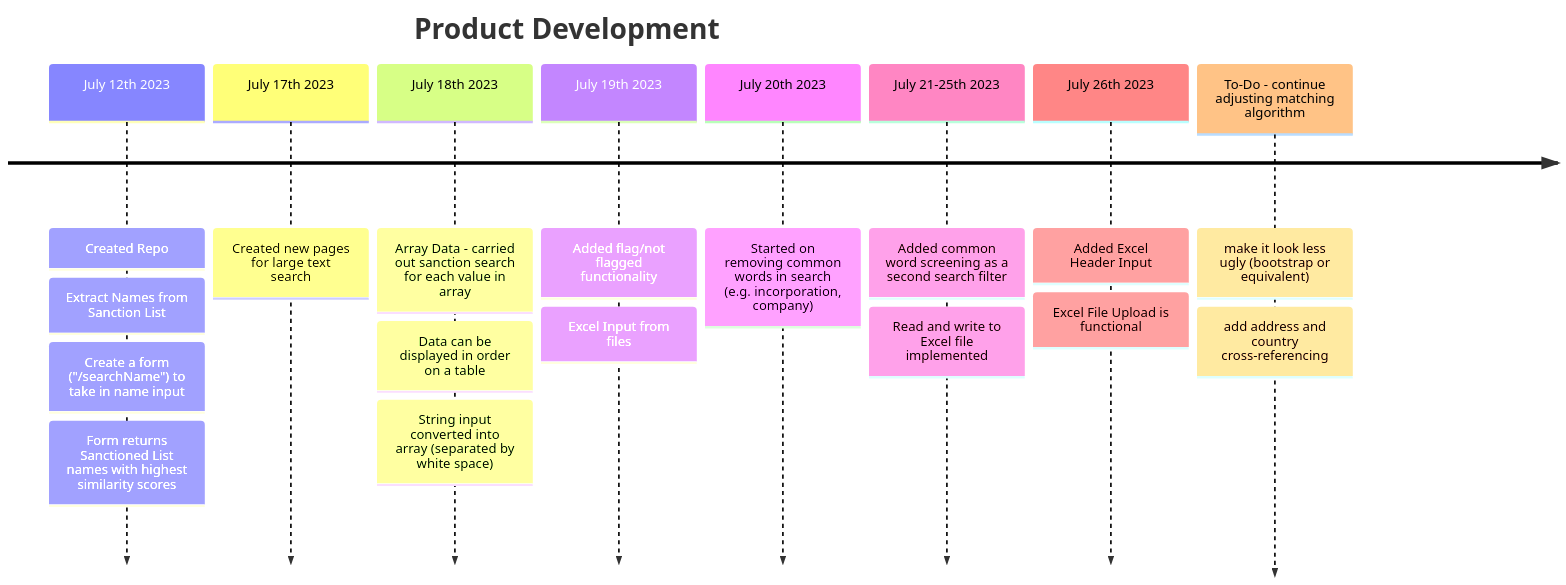
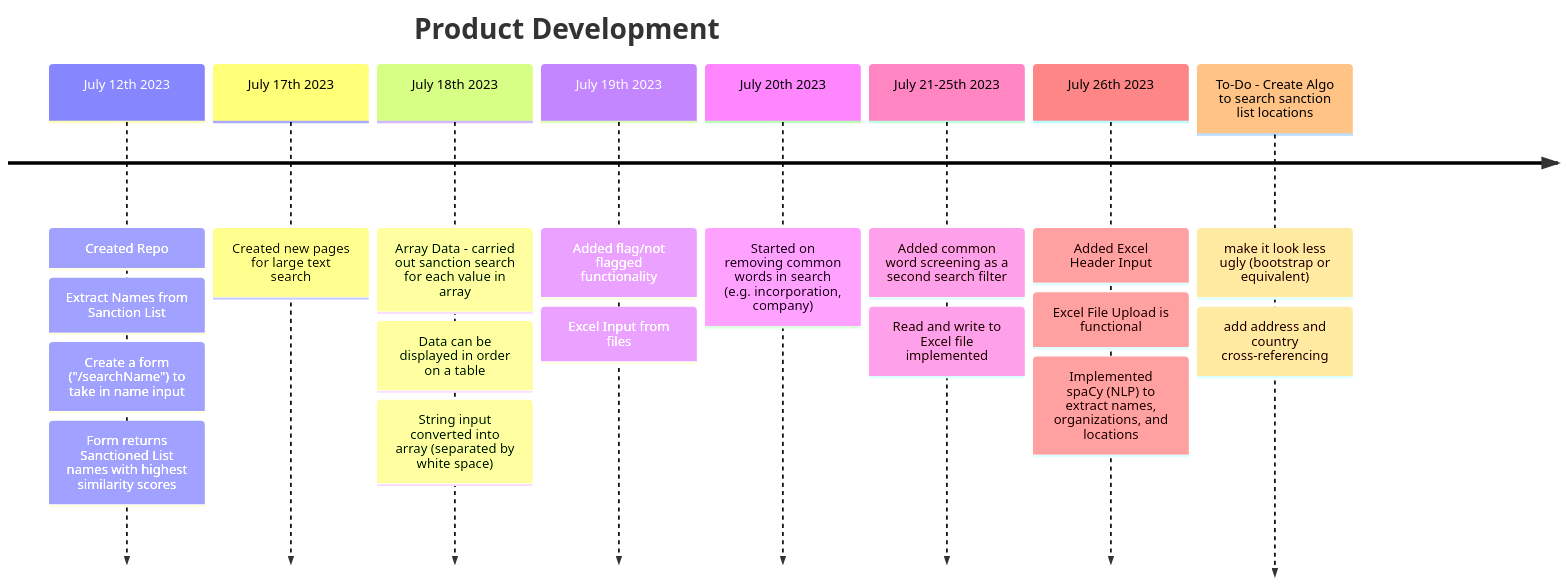
The diagram in README.md (james-csy/sanctionlistchecker), drawn with Mermaid before and after one commit.

````diff
--- a/README.md
+++ b/README.md
@@ -6,12 +6,12 @@
 ```mermaid
 timeline
     title Product Development
     July 12th 2023: Created Repo: Extract Names from Sanction List: Create a form ("/searchName") to take in name input: Form returns Sanctioned List names with highest similarity scores
     July 17th 2023: Created new pages for large text search
     July 18th 2023: Array Data - carried out sanction search for each value in array: Data can be displayed in order on a table: String input converted into array (separated by white space)
     July 19th 2023: Added flag/not flagged functionality: Excel Input from files
     July 20th 2023: Started on removing common words in search (e.g. incorporation, company)
     July 21-25th 2023: Added common word screening as a second search filter: Read and write to Excel file implemented
-    July 26th 2023: Added Excel Header Input: Excel File Upload is functional
-    To-Do - continue adjusting matching algorithm: make it look less ugly (bootstrap or equivalent): add address and country cross-referencing
+    July 26th 2023: Added Excel Header Input: Excel File Upload is functional: Implemented spaCy (NLP) to extract names, organizations, and locations
+    To-Do - Create Algo to search sanction list locations: make it look less ugly (bootstrap or equivalent): add address and country cross-referencing
 ```
````
